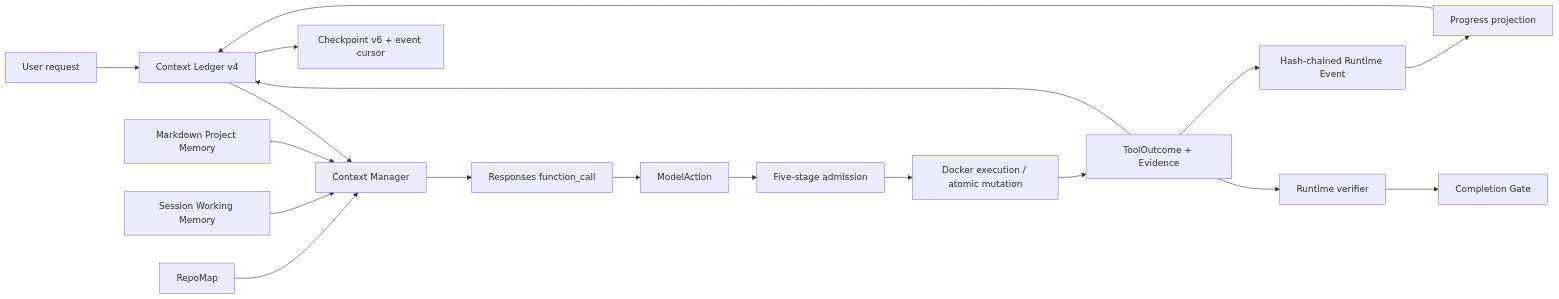
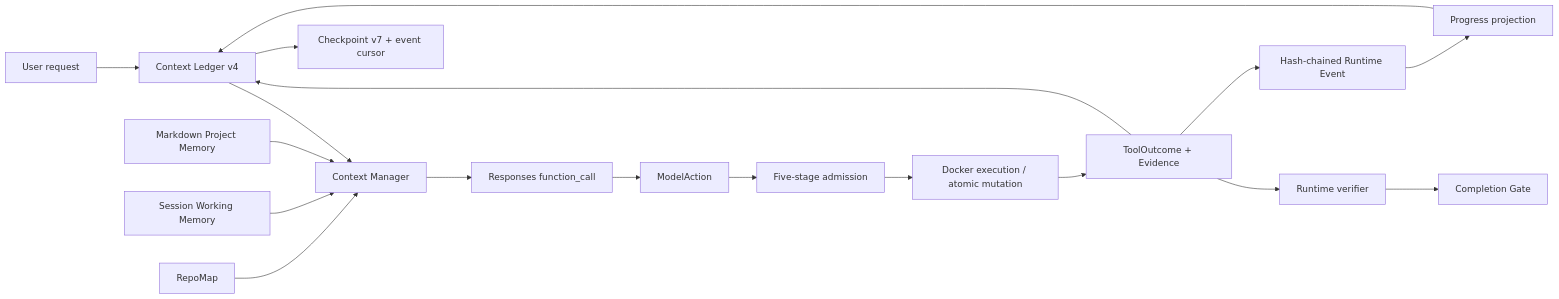
Before and after one commit to goskiwi/pico-main: the diagram in docs/architecture/agent-runtime.md, drawn with Mermaid. The commit also changed 9 other files, not shown here.

````diff
--- a/docs/architecture/agent-runtime.md
+++ b/docs/architecture/agent-runtime.md
@@ -12,19 +12,19 @@
 ```mermaid
 flowchart LR
   U["User request"] --> L["Context Ledger v4"]
   RM["RepoMap"] --> C["Context Manager"]
   WM["Session Working Memory"] --> C
   PM["Markdown Project Memory"] --> C
   L --> C --> M["Responses function_call"]
   M --> A["ModelAction"]
   A --> G["Five-stage admission"]
   G --> X["Docker execution / atomic mutation"]
   X --> O["ToolOutcome + Evidence"]
   O --> L
   O --> E["Hash-chained Runtime Event"]
   E --> P["Progress projection"]
   P --> L
-  L --> CP["Checkpoint v6 + event cursor"]
+  L --> CP["Checkpoint v7 + event cursor"]
   O --> V["Runtime verifier"]
   V --> F["Completion Gate"]
 ```
````
